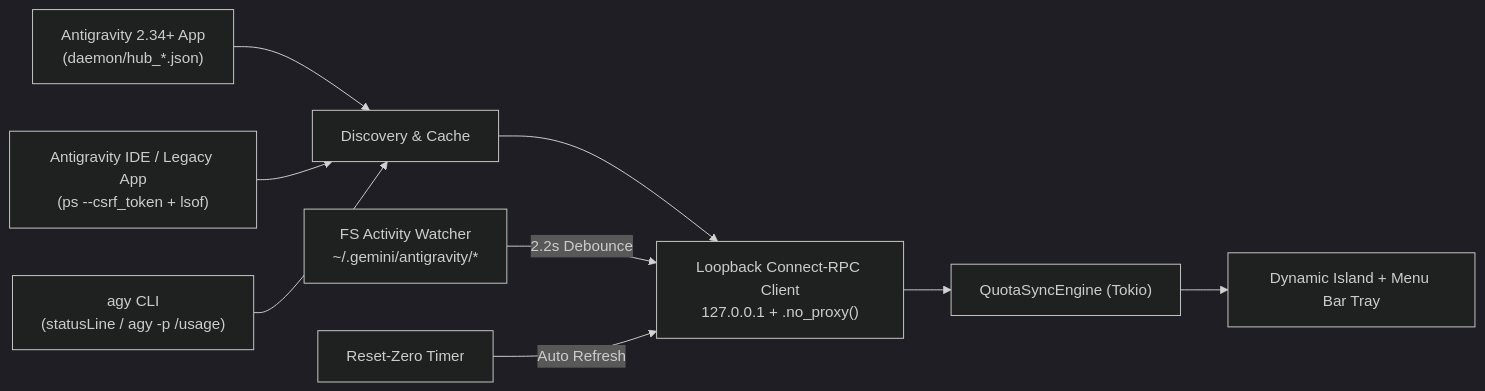
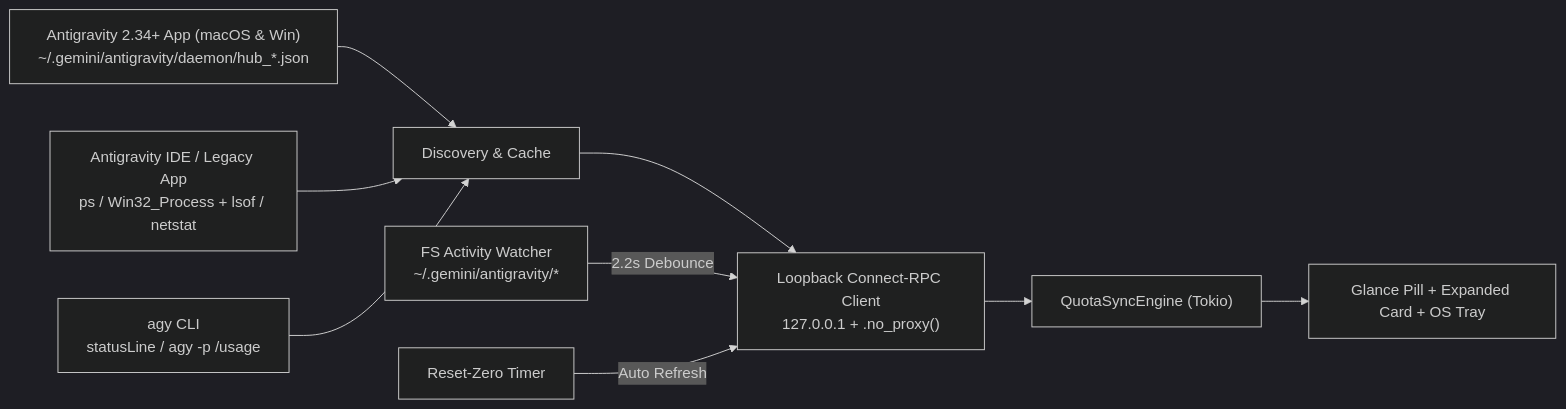
The diagram in README.md (JJacksonchen/antigravity-island), drawn with Mermaid (dark theme) before and after one commit. The commit also changed other lines of this file and 24 other files, not shown here.

Commit message:
feat: add full Windows support and dual-platform at-a-glance pill design (v0.2.0)

````diff
--- a/README.md
+++ b/README.md
@@ -108,11 +116,11 @@
 ```mermaid
 flowchart LR
-    A["Antigravity 2.34+ App<br/>(daemon/hub_*.json)"] --> D["Discovery & Cache"]
-    B["Antigravity IDE / Legacy App<br/>(ps --csrf_token + lsof)"] --> D
-    C["agy CLI<br/>(statusLine / agy -p /usage)"] --> D
+    A["Antigravity 2.34+ App (macOS & Win)<br/>~/.gemini/antigravity/daemon/hub_*.json"] --> D["Discovery & Cache"]
+    B["Antigravity IDE / Legacy App<br/>ps / Win32_Process + lsof / netstat"] --> D
+    C["agy CLI<br/>statusLine / agy -p /usage"] --> D
     D --> E["Loopback Connect-RPC Client<br/>127.0.0.1 + .no_proxy()"]
     F["FS Activity Watcher<br/>~/.gemini/antigravity/*"] -->|"2.2s Debounce"| E
     G["Reset-Zero Timer"] -->|"Auto Refresh"| E
     E --> H["QuotaSyncEngine (Tokio)"]
-    H --> I["Dynamic Island + Menu Bar Tray"]
+    H --> I["Glance Pill + Expanded Card + OS Tray"]
 ```
````
